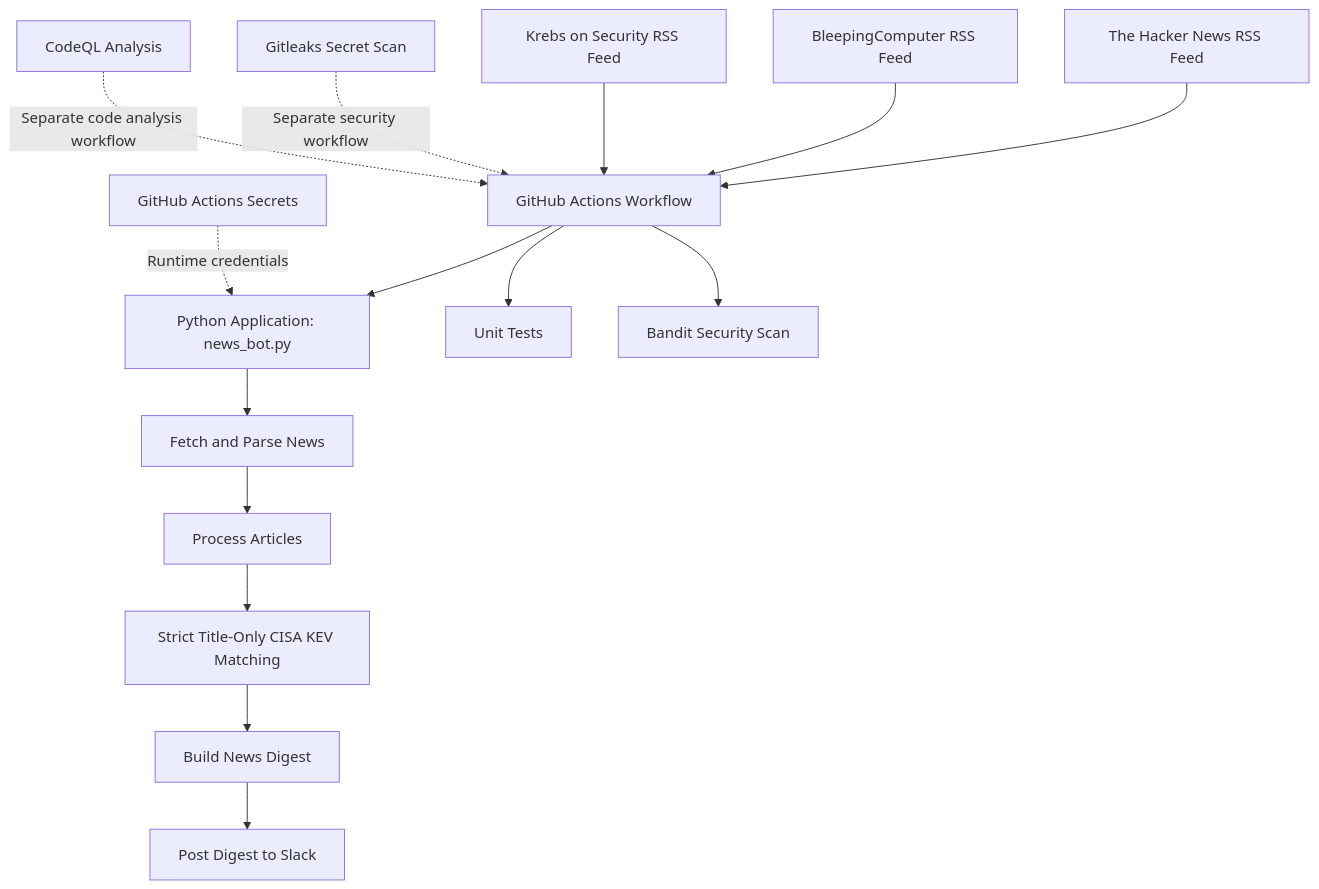
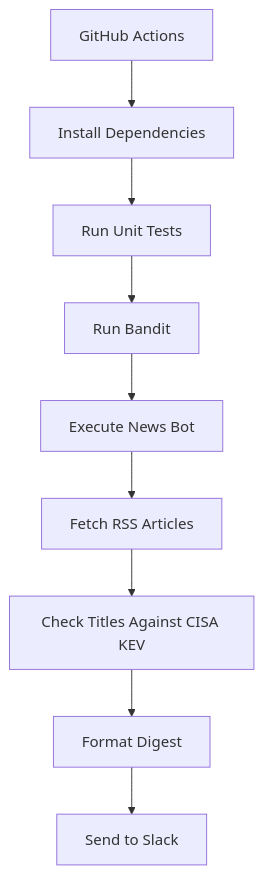
One commit to RavinduFX/cybersecurity-news-automation changed the diagram in docs/PROJECT_ARCHITECTURE.md. Above: the diagram before and after it, drawn with Mermaid. The commit also changed other lines of this file, not shown here.

````diff
--- a/docs/PROJECT_ARCHITECTURE.md
+++ b/docs/PROJECT_ARCHITECTURE.md
@@ -20,37 +9,11 @@
 ```mermaid
 flowchart TD
-    A["The Hacker News RSS Feed"]
-    B["BleepingComputer RSS Feed"]
-    C["Krebs on Security RSS Feed"]
-
-    D["GitHub Actions Workflow"]
-    E["Python Application: news_bot.py"]
-    F["Fetch and Parse News"]
-    G["Process Articles"]
-    H["Strict Title-Only CISA KEV Matching"]
-    I["Build News Digest"]
-    J["Post Digest to Slack"]
-
-    K["GitHub Actions Secrets"]
-    L["Unit Tests"]
-    M["Bandit Security Scan"]
-    N["Gitleaks Secret Scan"]
-    O["CodeQL Analysis"]
-
-    A --> D
-    B --> D
-    C --> D
-    D --> E
-    E --> F
-    F --> G
-    G --> H
-    H --> I
-    I --> J
-
-    K -. "Runtime credentials" .-> E
-
-    D --> L
-    D --> M
-    N -. "Separate security workflow" .-> D
-    O -. "Separate code analysis workflow" .-> D
+    A[GitHub Actions] --> B[Install Dependencies]
+    B --> C[Run Unit Tests]
+    C --> D[Run Bandit]
+    D --> E[Execute News Bot]
+    E --> F[Fetch RSS Articles]
+    F --> G[Check Titles Against CISA KEV]
+    G --> H[Format Digest]
+    H --> I[Send to Slack]
 ```
````
